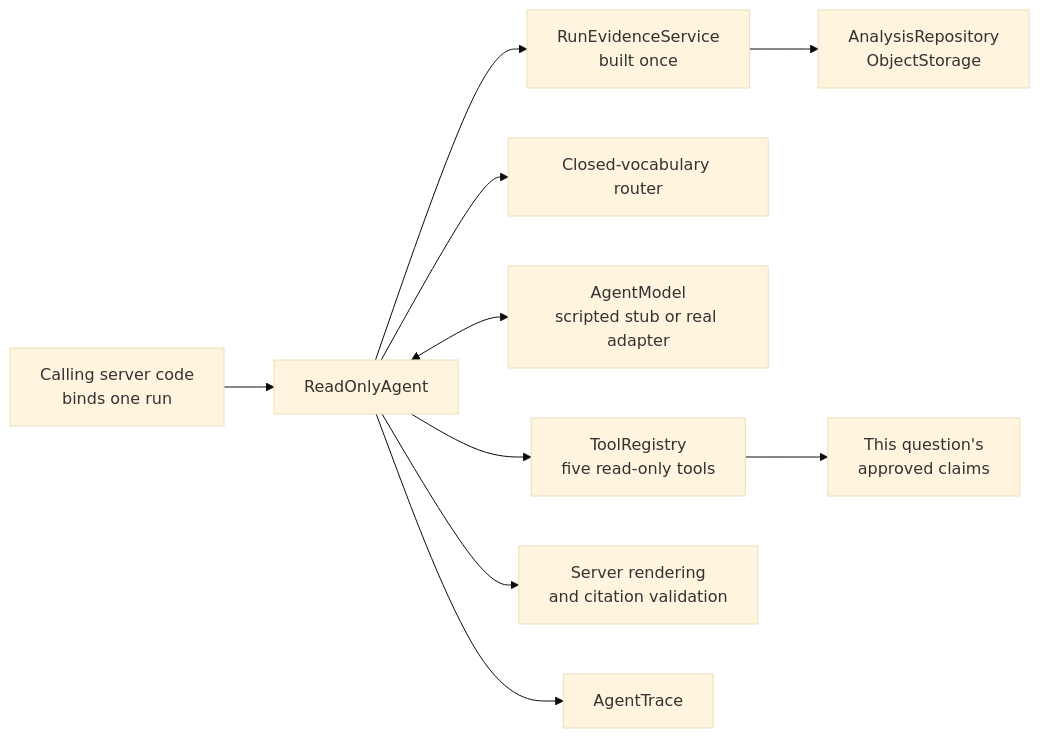
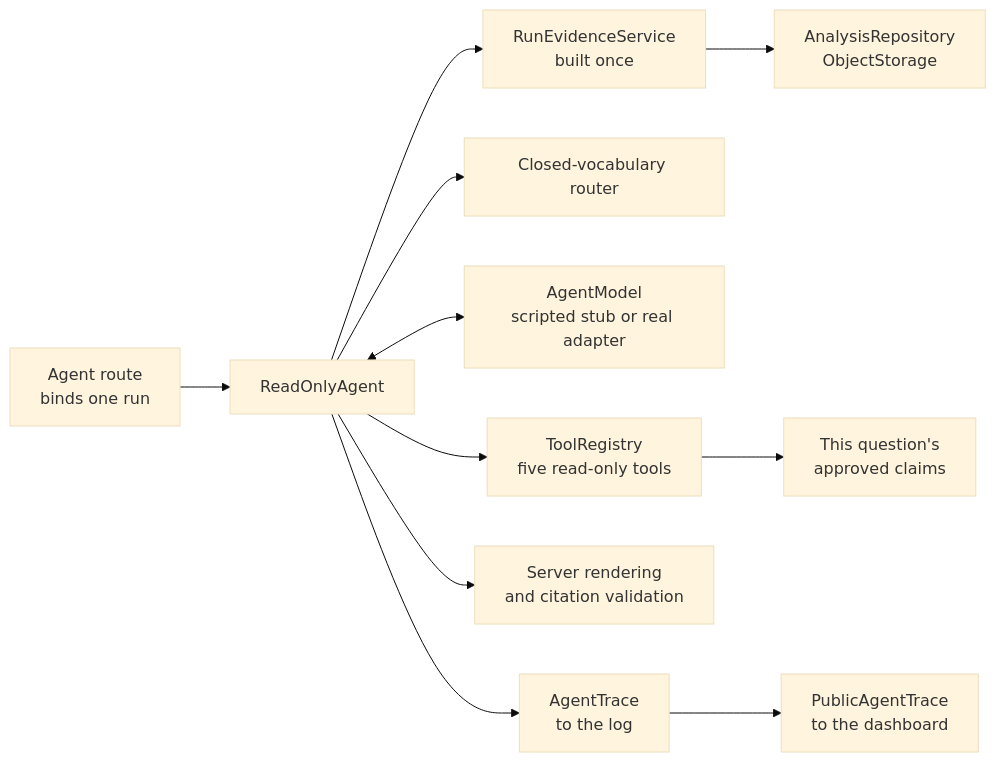
The first of 2 diagrams in docs/v2/COPILOT_AGENT.md (azizbenammar7/FootballAi), drawn with Mermaid (base theme) before and after one commit. The commit also changed other lines of this file and 27 other files, not shown here.

First line of the commit message:
feat: add local agent API and trace viewer

````diff
--- a/docs/v2/COPILOT_AGENT.md
+++ b/docs/v2/COPILOT_AGENT.md
@@ -18,12 +25,13 @@
 ```mermaid
 flowchart LR
-    caller["Calling server code<br/>binds one run"] --> agent["ReadOnlyAgent"]
+    caller["Agent route<br/>binds one run"] --> agent["ReadOnlyAgent"]
     agent --> evidence["RunEvidenceService<br/>built once"]
     evidence --> ports["AnalysisRepository<br/>ObjectStorage"]
     agent --> router["Closed-vocabulary router"]
     agent <--> model["AgentModel<br/>scripted stub or real adapter"]
     agent --> tools["ToolRegistry<br/>five read-only tools"]
     tools --> claims["This question's<br/>approved claims"]
     agent --> ground["Server rendering<br/>and citation validation"]
-    agent --> trace["AgentTrace"]
+    agent --> trace["AgentTrace<br/>to the log"]
+    trace --> public["PublicAgentTrace<br/>to the dashboard"]
 ```
````
